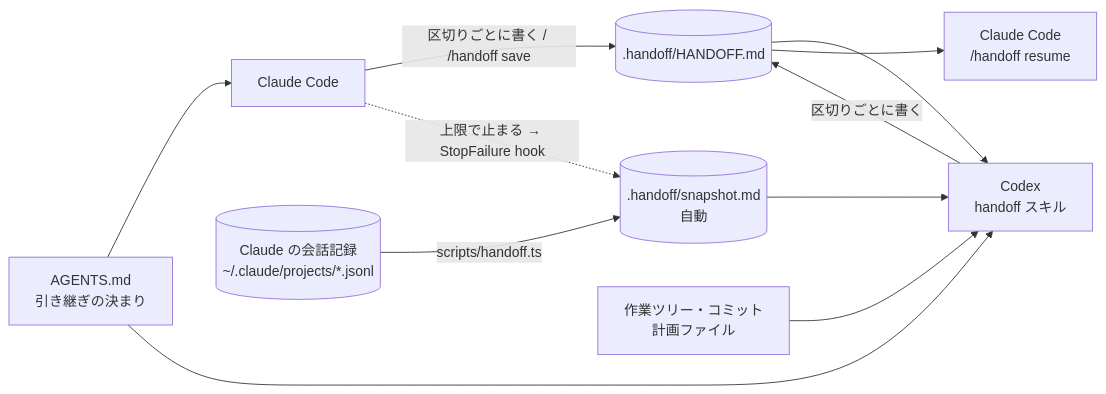
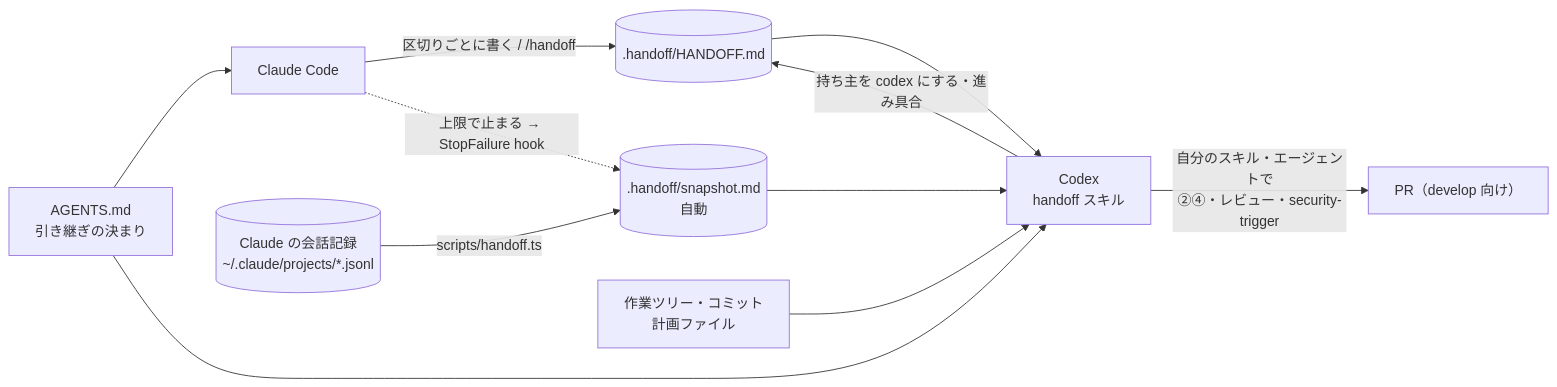
The diagram in docs/claude-codex-collab-design.md (vivastack-labs/vivastack-build-maps), drawn with Mermaid before and after one commit. The commit also changed other lines of this file and 4 other files, not shown here.

First line of the commit message:
feat: Implement security review process in Codex

````diff
--- a/docs/claude-codex-collab-design.md
+++ b/docs/claude-codex-collab-design.md
@@ -33,13 +39,13 @@
 ```mermaid
 flowchart LR
-    CC[Claude Code] -- "区切りごとに書く / /handoff save" --> H[(.handoff/HANDOFF.md)]
+    CC[Claude Code] -- "区切りごとに書く / /handoff" --> H[(.handoff/HANDOFF.md)]
     CC -. "上限で止まる → StopFailure hook" .-> S[(.handoff/snapshot.md<br/>自動)]
     J[(Claude の会話記録<br/>~/.claude/projects/*.jsonl)] -- "scripts/handoff.ts" --> S
     H --> CX[Codex<br/>handoff スキル]
     S --> CX
     WT[作業ツリー・コミット<br/>計画ファイル] --> CX
-    CX -- "区切りごとに書く" --> H
-    H --> CC2[Claude Code<br/>/handoff resume]
+    CX -- "持ち主を codex にする・進み具合" --> H
+    CX -- "自分のスキル・エージェントで<br/>②④・レビュー・security-trigger" --> PR[PR（develop 向け）]
     A[AGENTS.md<br/>引き継ぎの決まり] --> CC
     A --> CX
 ```
````
